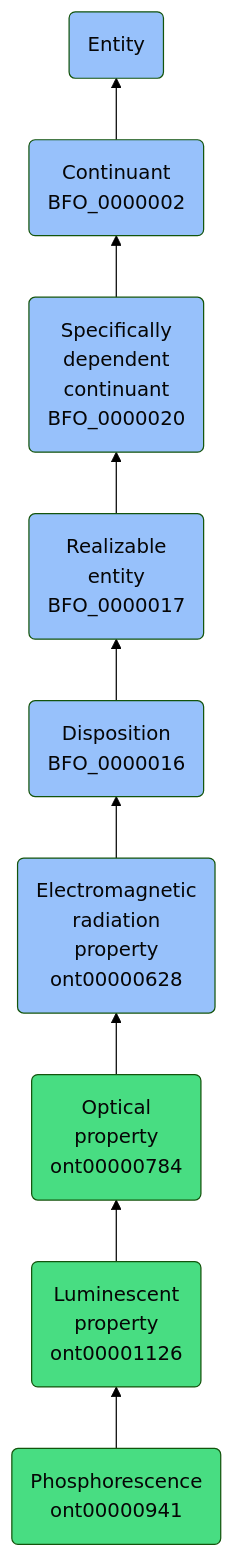
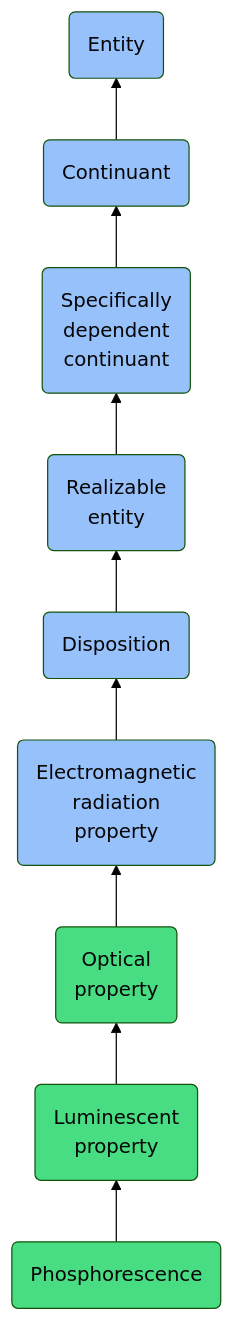
One commit to jupyter-naas/abi changed the diagram in docs/ontology/reference/model/Entity/Continuant/Specifically dependent continuant/Realizable entity/Disposition/Electromagnetic radiation property/Optical property/Luminescent property/Phosphorescence/Phosphorescence.md. Above: the diagram before and after it, drawn with Mermaid (forest theme). The commit also changed other lines of this file and 1430 other files, not shown here.

````diff
--- a/docs/ontology/reference/model/Entity/Continuant/Specifically dependent continuant/Realizable entity/Disposition/Electromagnetic radiation property/Optical property/Luminescent property/Phosphorescence/Phosphorescence.md
+++ b/docs/ontology/reference/model/Entity/Continuant/Specifically dependent continuant/Realizable entity/Disposition/Electromagnetic radiation property/Optical property/Luminescent property/Phosphorescence/Phosphorescence.md
@@ -24,16 +24,16 @@
 ```mermaid
 graph BT
-    ont00000941(Phosphorescence<br>ont00000941):::ABI-->ont00001126
-    ont00001126(Luminescent<br>property<br>ont00001126):::ABI-->ont00000784
-    ont00000784(Optical<br>property<br>ont00000784):::ABI-->ont00000628
-    ont00000628(Electromagnetic<br>radiation<br>property<br>ont00000628):::BFO-->BFO_0000016
-    BFO_0000016(Disposition<br>BFO_0000016):::BFO-->BFO_0000017
-    BFO_0000017(Realizable<br>entity<br>BFO_0000017):::BFO-->BFO_0000020
-    BFO_0000020(Specifically<br>dependent<br>continuant<br>BFO_0000020):::BFO-->BFO_0000002
-    BFO_0000002(Continuant<br>BFO_0000002):::BFO-->BFO_0000001
+    ont00000941(Phosphorescence):::ABI-->ont00001126
+    ont00001126(Luminescent<br>property):::ABI-->ont00000784
+    ont00000784(Optical<br>property):::ABI-->ont00000628
+    ont00000628(Electromagnetic<br>radiation<br>property):::BFO-->BFO_0000016
+    BFO_0000016(Disposition):::BFO-->BFO_0000017
+    BFO_0000017(Realizable<br>entity):::BFO-->BFO_0000020
+    BFO_0000020(Specifically<br>dependent<br>continuant):::BFO-->BFO_0000002
+    BFO_0000002(Continuant):::BFO-->BFO_0000001
     BFO_0000001(Entity):::BFO
     
     classDef BFO fill:#97c1fb,color:#060606
     classDef CCO fill:#e4c51e,color:#060606
     classDef ABI fill:#48DD82,color:#060606
 ```
````
